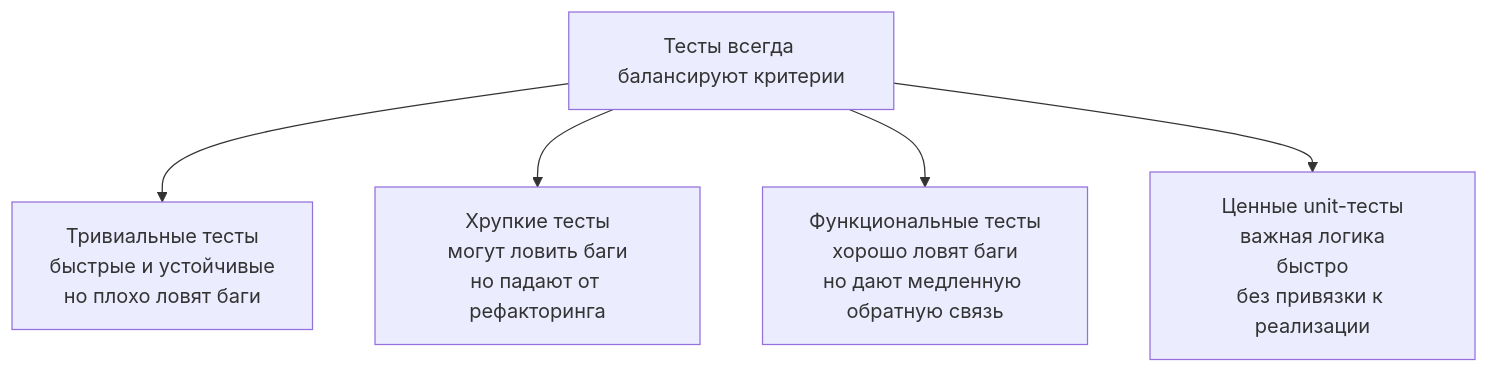
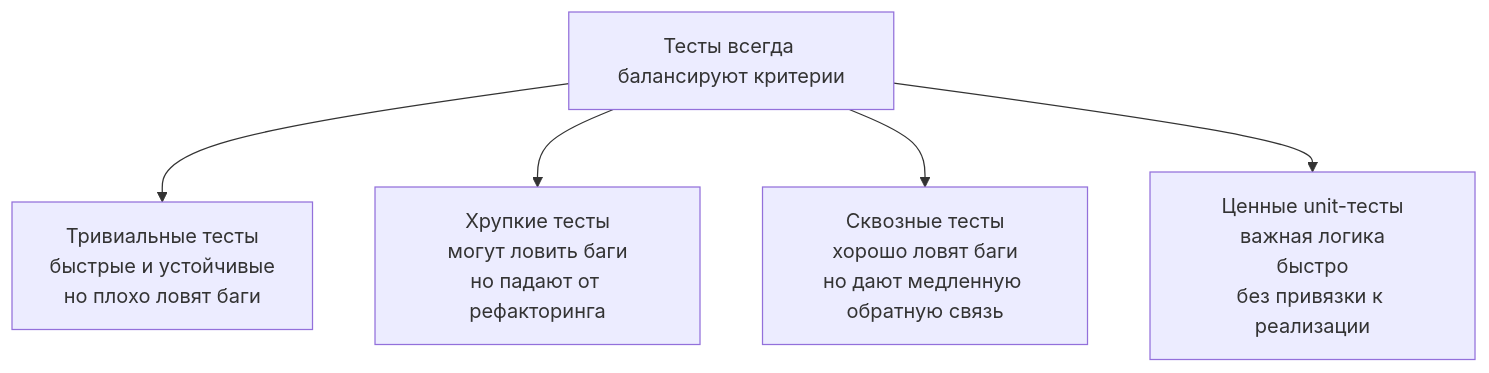
The seventh of 10 diagrams in content/lectures/Lec3/vitepress.md (Kert0n/KPO), drawn with Mermaid before and after one commit. The commit also changed other lines of this file, not shown here.

````diff
--- a/content/lectures/Lec3/vitepress.md
+++ b/content/lectures/Lec3/vitepress.md
@@ -1335,7 +1449,7 @@
 ```mermaid
 flowchart TD
     Tradeoff["Тесты всегда балансируют критерии"] --> Trivial["Тривиальные тесты<br/>быстрые и устойчивые<br/>но плохо ловят баги"]
     Tradeoff --> Brittle["Хрупкие тесты<br/>могут ловить баги<br/>но падают от рефакторинга"]
-    Tradeoff --> Functional["Функциональные тесты<br/>хорошо ловят баги<br/>но дают медленную обратную связь"]
+    Tradeoff --> Functional["Сквозные тесты<br/>хорошо ловят баги<br/>но дают медленную обратную связь"]
     Tradeoff --> Valuable["Ценные unit-тесты<br/>важная логика<br/>быстро<br/>без привязки к реализации"]
 ```
````
